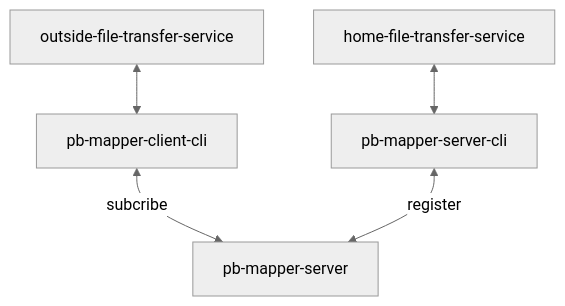
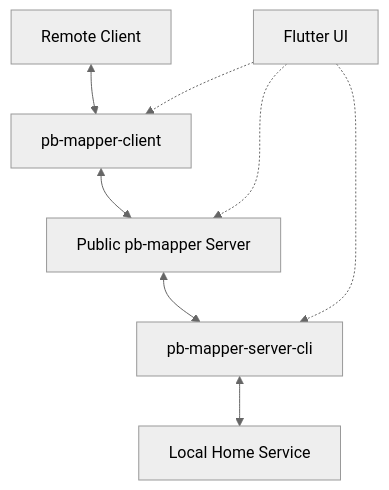
One commit to acking-you/pb-mapper changed the diagram in README.md. Above: the diagram before and after it, drawn with Mermaid (neutral theme). The commit also changed other lines of this file and 7 other files, not shown here.

````diff
--- a/README.md
+++ b/README.md
@@ -9,5 +15,7 @@
 ```mermaid
 graph TD
-    outside-file-transfer-service<-->pb-mapper-client-cli <-->|subcribe|pb-mapper-server
-    home-file-transfer-service<-->pb-mapper-server-cli<-->|register|pb-mapper-server
+    A[Remote Client] <--> B[pb-mapper-client] <--> C[Public pb-mapper Server] <--> D[pb-mapper-server-cli] <--> E[Local Home Service]
+    F[Flutter UI] -.-> B
+    F -.-> D
+    F -.-> C
 ```
````
